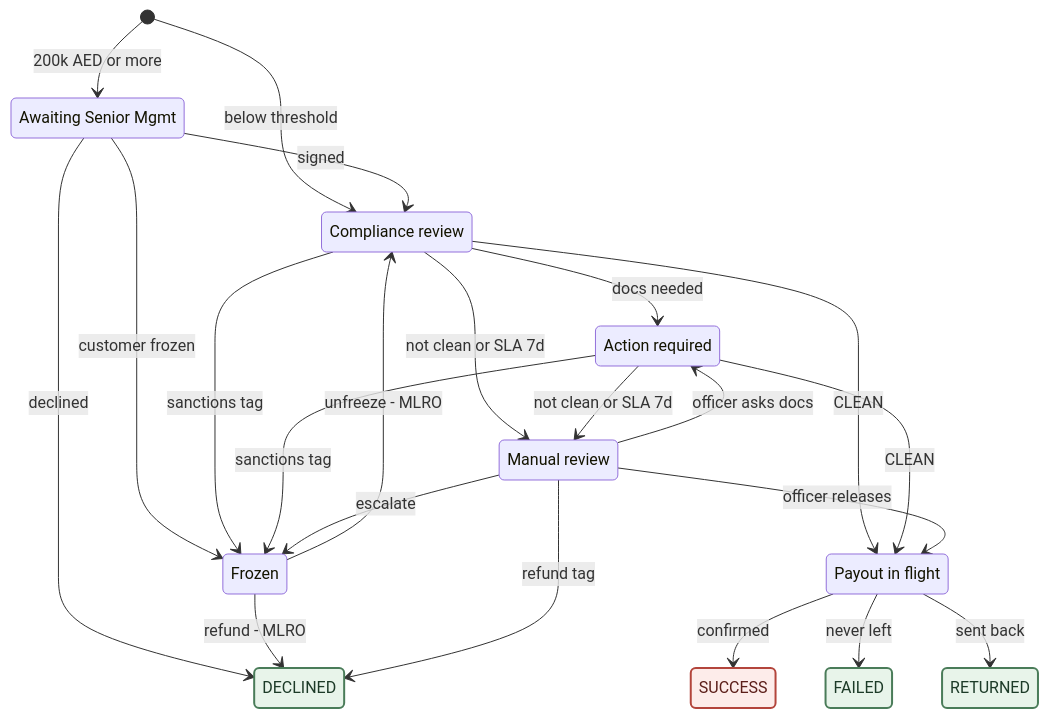
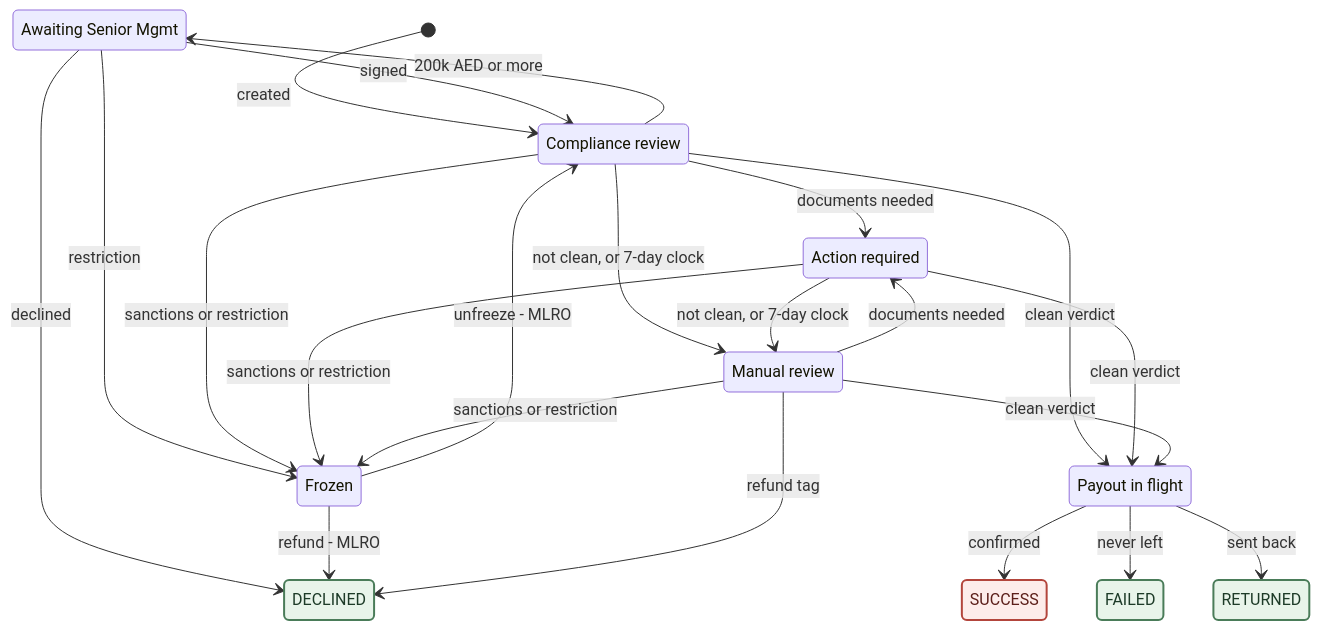
One commit to 2handsuae/fiatx-demo changed the diagram in Exchange_js/doc-final/superpowers/product-docs/2026-08-14-withdrawal-process-and-control-narrative.md. Above: the diagram before and after it, drawn with Mermaid. The commit also changed other lines of this file, not shown here.

````diff
--- a/Exchange_js/doc-final/superpowers/product-docs/2026-08-14-withdrawal-process-and-control-narrative.md
+++ b/Exchange_js/doc-final/superpowers/product-docs/2026-08-14-withdrawal-process-and-control-narrative.md
@@ -50,39 +52,39 @@
 ```mermaid
 stateDiagram-v2
     direction TB
     state "Awaiting Senior Mgmt" as AA
     state "Compliance review" as CR
     state "Action required" as AR
     state "Manual review" as MR
     state "Frozen" as FZ
     state "Payout in flight" as PF
     state "SUCCESS" as SU
     state "DECLINED" as DE
     state "FAILED" as FA
     state "RETURNED" as RE
-    [*] --> AA : 200k AED or more
-    [*] --> CR : below threshold
+    [*] --> CR : created
+    CR --> AA : 200k AED or more
     AA --> CR : signed
     AA --> DE : declined
-    AA --> FZ : customer frozen
-    CR --> AR : docs needed
-    CR --> MR : not clean or SLA 7d
-    AR --> MR : not clean or SLA 7d
-    MR --> AR : officer asks docs
-    CR --> FZ : sanctions tag
-    AR --> FZ : sanctions tag
-    MR --> FZ : escalate
+    CR --> AR : documents needed
+    MR --> AR : documents needed
+    CR --> MR : not clean, or 7-day clock
+    AR --> MR : not clean, or 7-day clock
+    AA --> FZ : restriction
+    CR --> FZ : sanctions or restriction
+    AR --> FZ : sanctions or restriction
+    MR --> FZ : sanctions or restriction
     FZ --> CR : unfreeze - MLRO
     FZ --> DE : refund - MLRO
     MR --> DE : refund tag
-    CR --> PF : CLEAN
-    AR --> PF : CLEAN
-    MR --> PF : officer releases
+    CR --> PF : clean verdict
+    AR --> PF : clean verdict
+    MR --> PF : clean verdict
     PF --> SU : confirmed
     PF --> FA : never left
     PF --> RE : sent back
     classDef back fill:#e8f4ea,stroke:#4a7c59,stroke-width:2px,color:#1d3b28
     classDef gone fill:#fdecea,stroke:#b3453c,stroke-width:2px,color:#5c1f1a
     class DE,FA,RE back
     class SU gone
 ```
````
